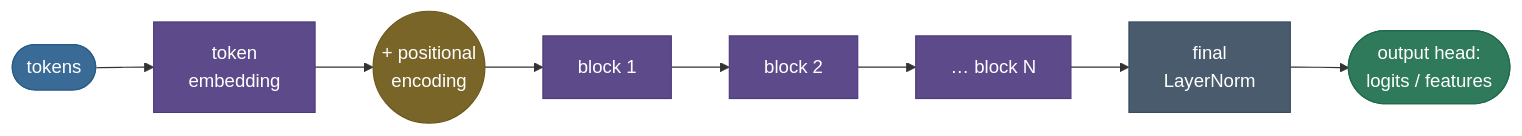
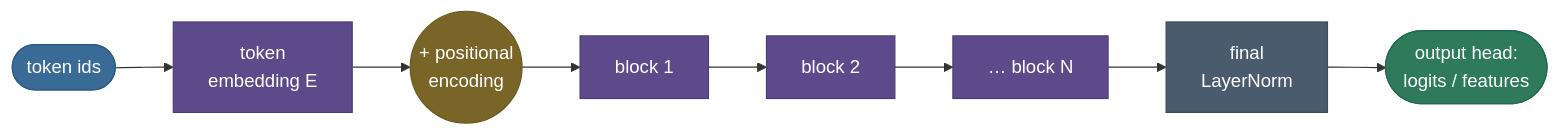
One commit to sudhir13s/AI-ML-learning-resources changed the second of 9 diagrams in 05. Deep_Learning/concepts/16-Transformer-Architecture.md. Above: the diagram before and after it, drawn with Mermaid. The commit also changed other lines of this file and 3 other files, not shown here.

````diff
--- a/05. Deep_Learning/concepts/16-Transformer-Architecture.md
+++ b/05. Deep_Learning/concepts/16-Transformer-Architecture.md
@@ -37,16 +80,16 @@
 ```mermaid
 graph LR
-    T(["tokens"]):::data --> EMB["token<br/>embedding"]:::process
+    T(["token ids"]):::data --> EMB["token<br/>embedding E"]:::process
     EMB --> PE(("+ positional<br/>encoding")):::amber
     PE --> B1["block 1"]:::process
     B1 --> B2["block 2"]:::process
     B2 --> BN["… block N"]:::process
     BN --> LF["final<br/>LayerNorm"]:::frozen
     LF --> H(["output head:<br/>logits / features"]):::out
 
     classDef data fill:#3A6B96,stroke:#2A5B86,color:#fff
     classDef process fill:#5D4A8A,stroke:#4D3A7A,color:#fff
     classDef frozen fill:#4A5B6E,stroke:#3A4B5E,color:#fff
     classDef amber fill:#7A6528,stroke:#6A5518,color:#fff
     classDef out fill:#2E7A5A,stroke:#1E6A4A,color:#fff
 ```
````
